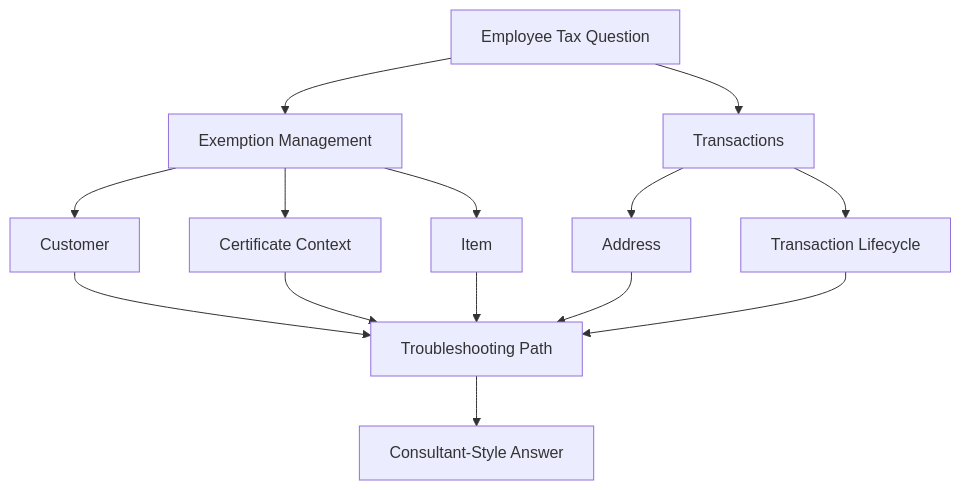
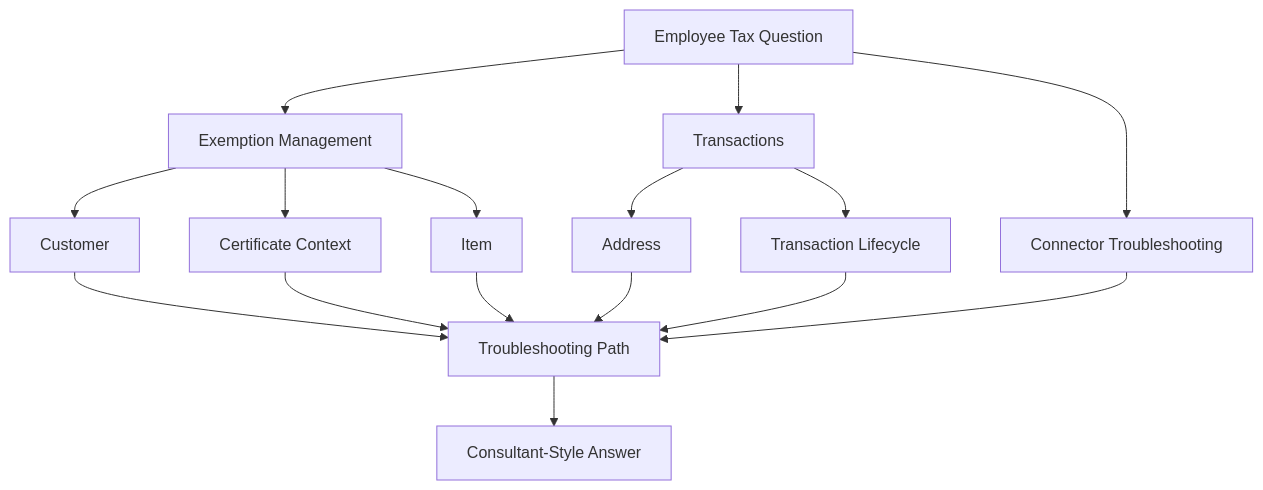
One commit to SnugsV/NetSuite-Knowledge-Base-General changed the fourth of 5 diagrams in docs/integrations/avalara/README.md. Above: the diagram before and after it, drawn with Mermaid. The commit also changed other lines of this file, not shown here.

````diff
--- a/docs/integrations/avalara/README.md
+++ b/docs/integrations/avalara/README.md
@@ -122,27 +183,30 @@
 ```mermaid
 flowchart TD
     Question[Employee Tax Question]
     Exemptions[Exemption Management]
     Transactions[Transactions]
+    Connector[Connector Troubleshooting]
     Customer[Customer]
     Address[Address]
     Item[Item]
     Certificate[Certificate Context]
     Lifecycle[Transaction Lifecycle]
     Troubleshooting[Troubleshooting Path]
     Answer[Consultant-Style Answer]
 
     Question --> Exemptions
     Question --> Transactions
+    Question --> Connector
     Exemptions --> Customer
     Exemptions --> Certificate
     Exemptions --> Item
     Transactions --> Address
     Transactions --> Lifecycle
+    Connector --> Troubleshooting
     Customer --> Troubleshooting
     Address --> Troubleshooting
     Item --> Troubleshooting
     Certificate --> Troubleshooting
     Lifecycle --> Troubleshooting
     Troubleshooting --> Answer
 ```
````
